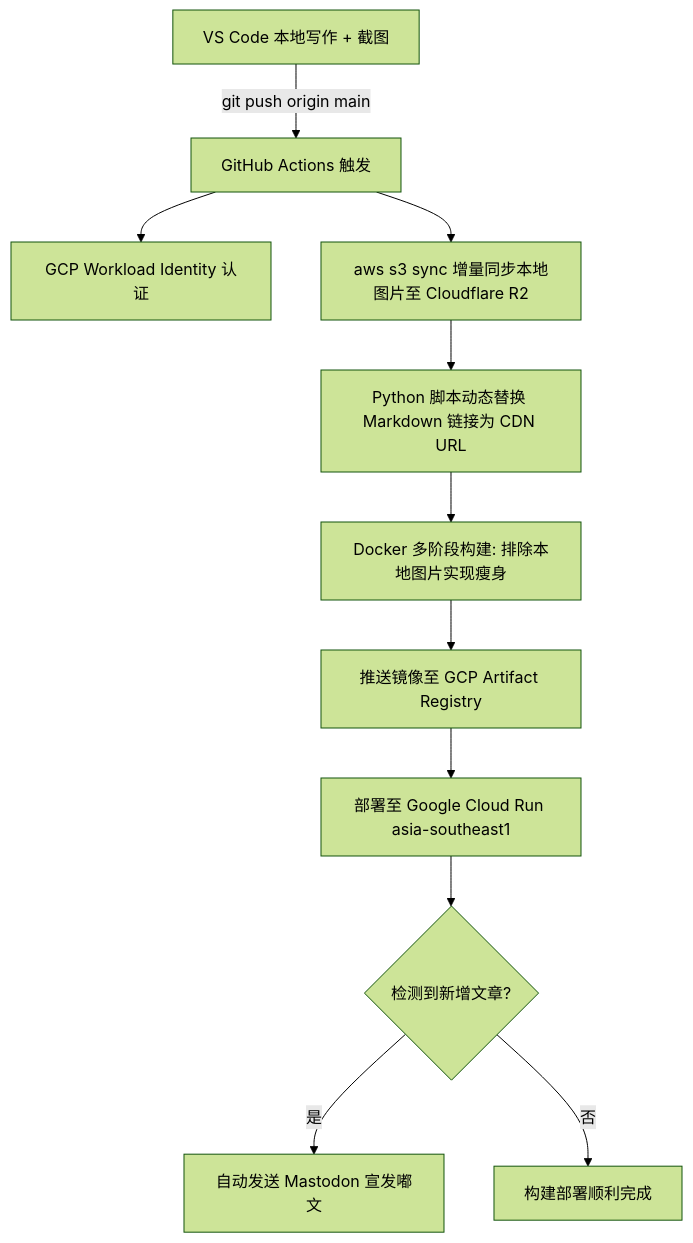
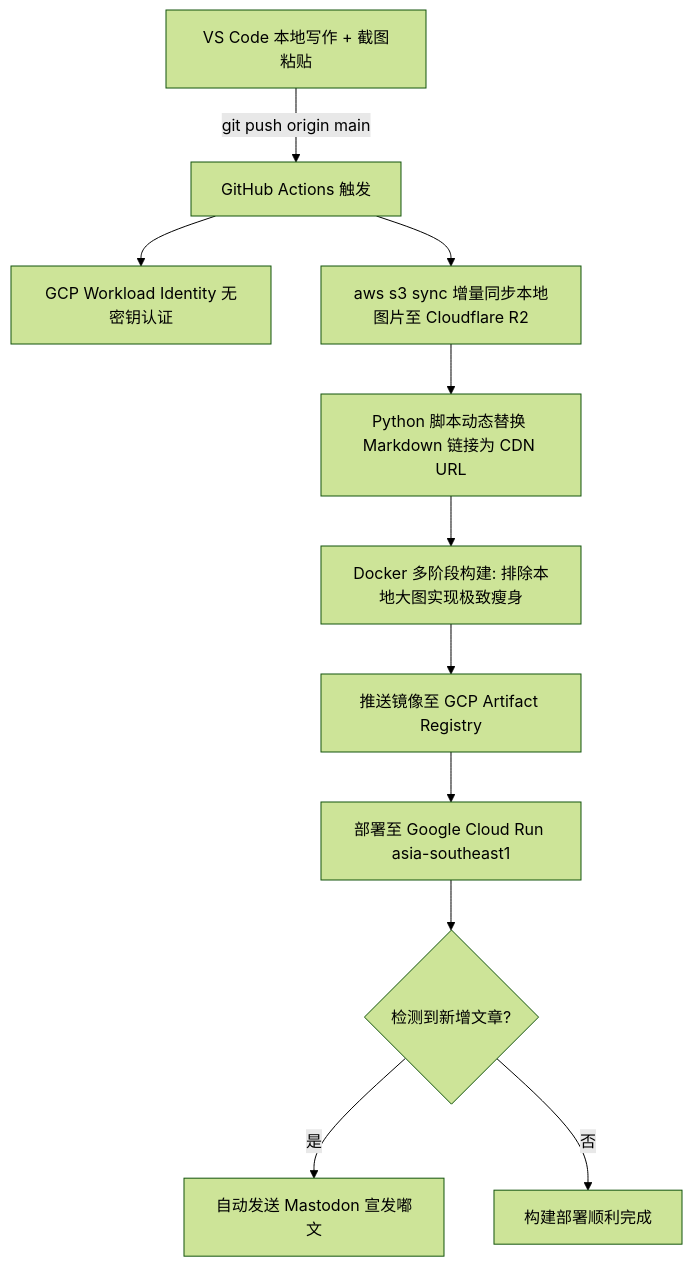
Before and after one commit to dustyat/blog: the diagram in README.md, drawn with Mermaid (forest theme). The commit also changed other lines of this file and 6 other files, not shown here.

````diff
--- a/README.md
+++ b/README.md
@@ -39,13 +46,13 @@
 ```mermaid
 flowchart TD
-    A[VS Code 本地写作 + 截图] -->|git push origin main| B[GitHub Actions 触发]
-    B --> C[GCP Workload Identity 认证]
+    A[VS Code 本地写作 + 截图粘贴] -->|git push origin main| B[GitHub Actions 触发]
+    B --> C[GCP Workload Identity 无密钥认证]
     B --> D[aws s3 sync 增量同步本地图片至 Cloudflare R2]
     D --> E[Python 脚本动态替换 Markdown 链接为 CDN URL]
-    E --> F[Docker 多阶段构建: 排除本地图片实现瘦身]
+    E --> F[Docker 多阶段构建: 排除本地大图实现极致瘦身]
     F --> G[推送镜像至 GCP Artifact Registry]
     G --> H[部署至 Google Cloud Run asia-southeast1]
     H --> I{检测到新增文章?}
     I -->|是| J[自动发送 Mastodon 宣发嘟文]
     I -->|否| K[构建部署顺利完成]
 ```
````
